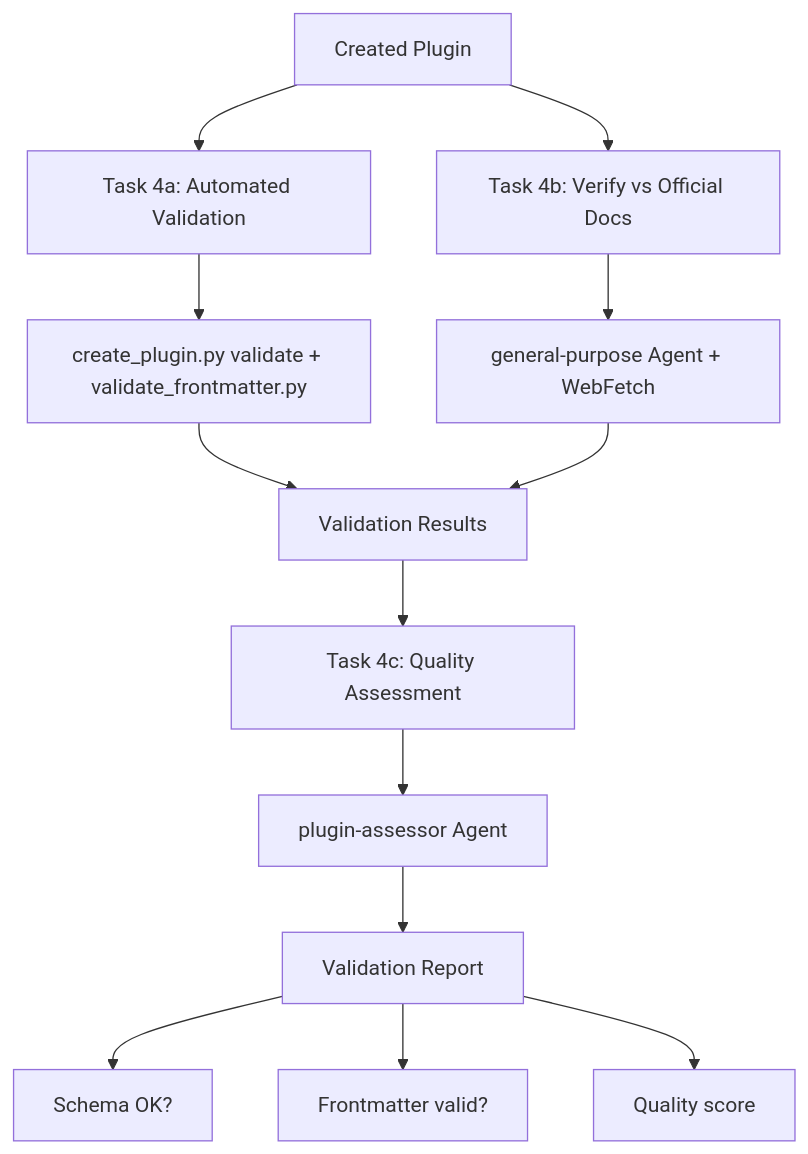
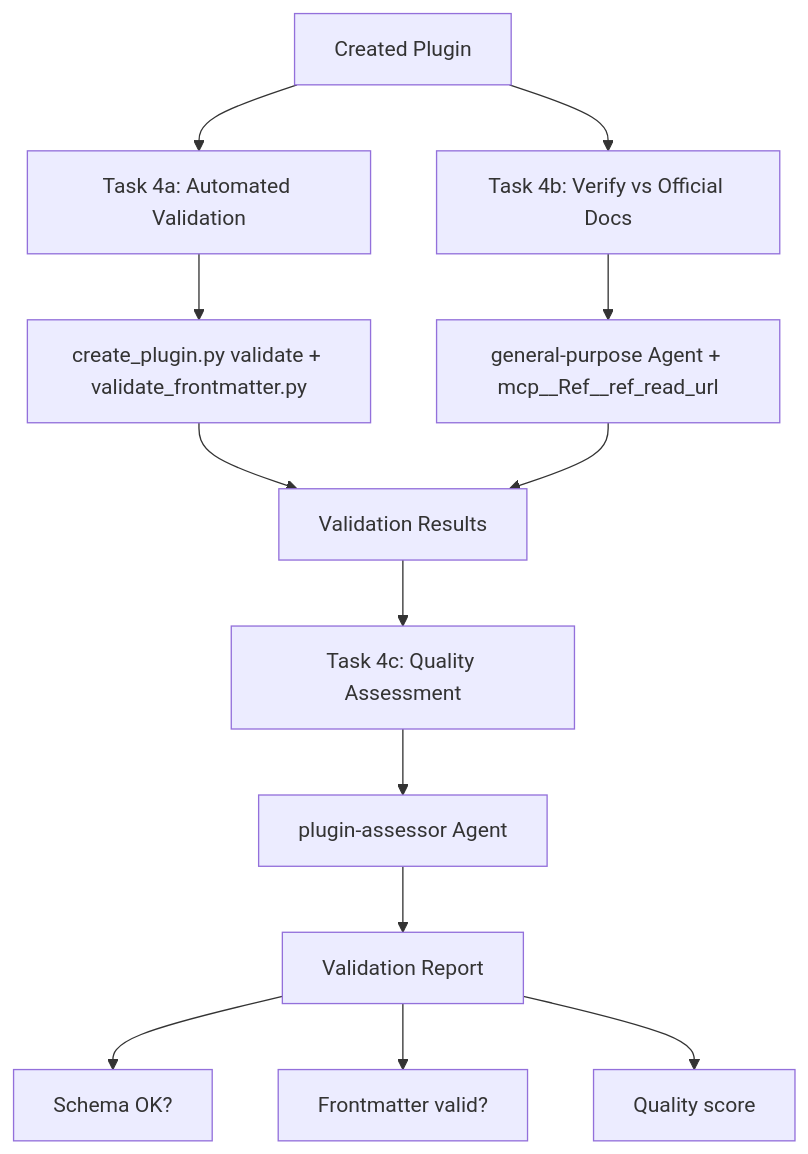
Before and after one commit to chgreer1070/claude_skills: the sixth of 11 diagrams in plugins/plugin-creator/skills/plugin-creator/references/workflow-diagram.md, drawn with Mermaid. The commit also changed other lines of this file and 52 other files, not shown here.

````diff
--- a/plugins/plugin-creator/skills/plugin-creator/references/workflow-diagram.md
+++ b/plugins/plugin-creator/skills/plugin-creator/references/workflow-diagram.md
@@ -128,19 +128,19 @@
 ```mermaid
 flowchart TD
     PLUGIN[Created Plugin] --> T4A[Task 4a: Automated Validation]
     PLUGIN --> T4B[Task 4b: Verify vs Official Docs]
 
     T4A --> SCRIPTS["create_plugin.py validate + validate_frontmatter.py"]
-    T4B --> GP[general-purpose Agent + WebFetch]
+    T4B --> GP[general-purpose Agent + mcp__Ref__ref_read_url]
 
     SCRIPTS --> RESULTS[Validation Results]
     GP --> RESULTS
 
     RESULTS --> T4C[Task 4c: Quality Assessment]
     T4C --> ASSESSOR[plugin-assessor Agent]
     ASSESSOR --> REPORT[Validation Report]
 
     REPORT --> S1[Schema OK?]
     REPORT --> S2[Frontmatter valid?]
     REPORT --> S3[Quality score]
 ```
````
